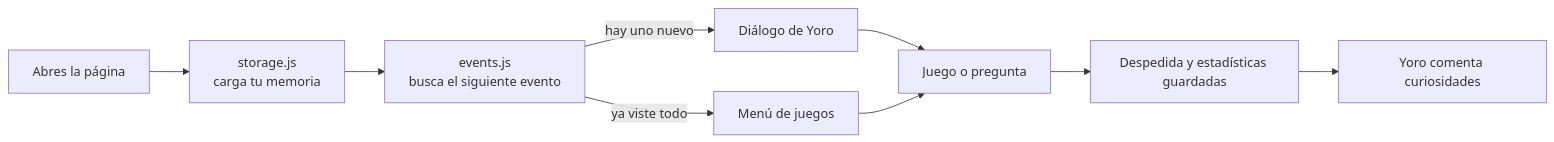
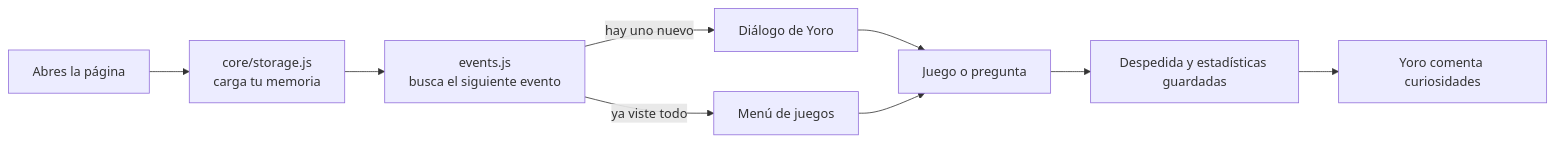
Before and after one commit to YonaZakkart/yoro: the diagram in README.md, drawn with Mermaid. The commit also changed other lines of this file and 21 other files, not shown here.

````diff
--- a/README.md
+++ b/README.md
@@ -136,11 +148,11 @@
 ```mermaid
 flowchart LR
-    A[Abres la página] --> B[storage.js<br/>carga tu memoria]
+    A[Abres la página] --> B[core/storage.js<br/>carga tu memoria]
     B --> C[events.js<br/>busca el siguiente evento]
     C -->|hay uno nuevo| D[Diálogo de Yoro]
     D --> E[Juego o pregunta]
     E --> F[Despedida y estadísticas guardadas]
     C -->|ya viste todo| G[Menú de juegos]
     G --> E
     F --> H[Yoro comenta curiosidades]
 ```
````
